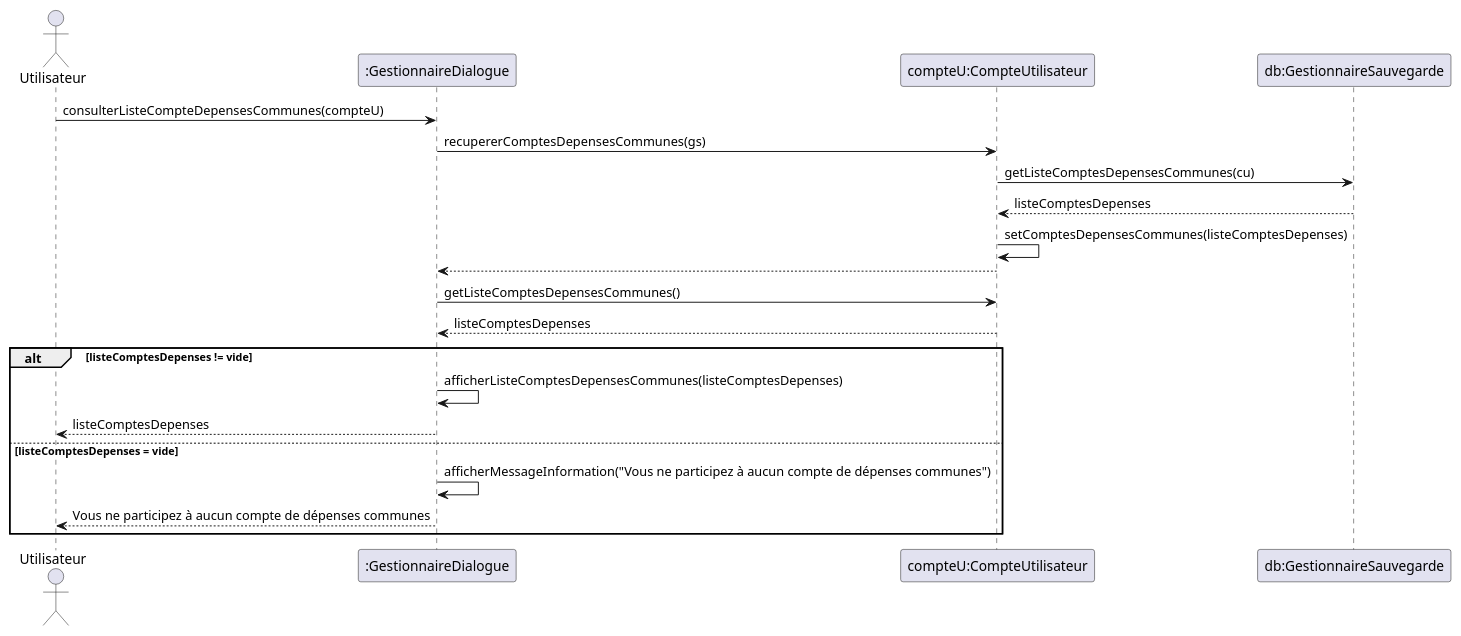
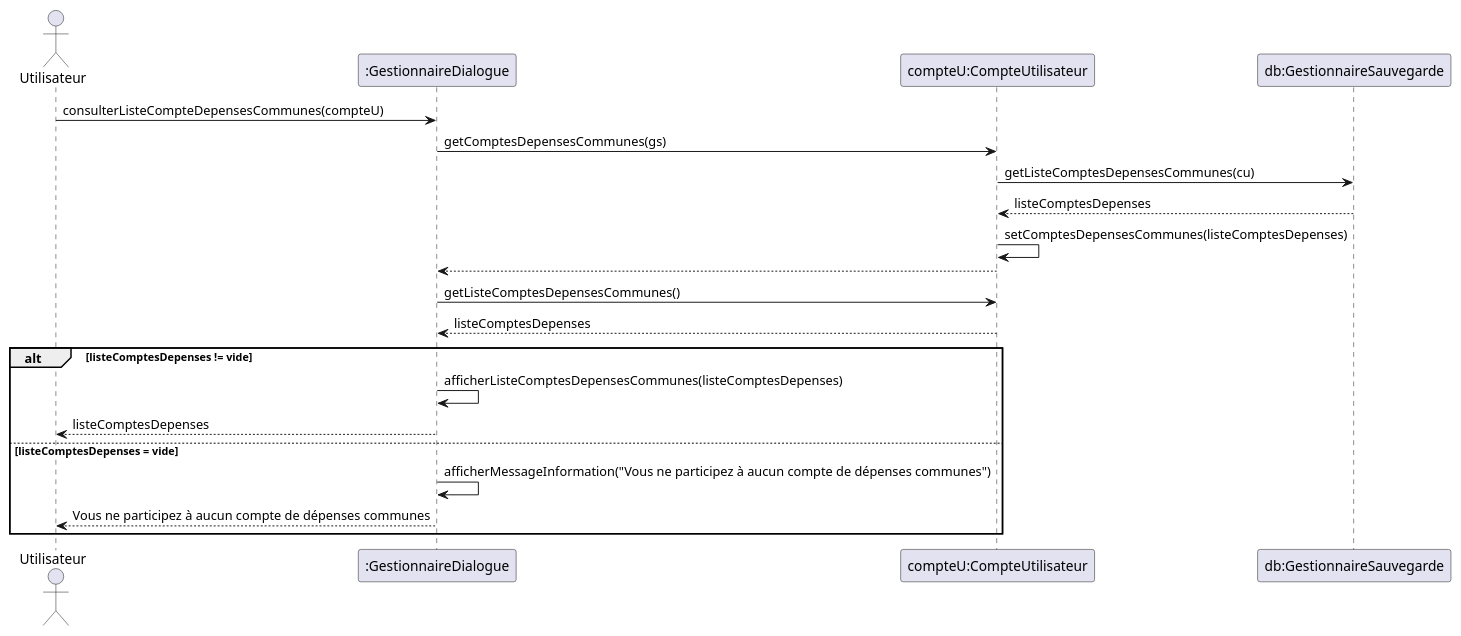
One commit to lmtb06/sharecount changed the diagram in diagrammes/conception/consulter-liste-compte-depenses.puml. Above: the diagram before and after it, drawn with PlantUML. The commit also changed 3 other files, not shown here.

```diff
--- a/diagrammes/conception/consulter-liste-compte-depenses.puml
+++ b/diagrammes/conception/consulter-liste-compte-depenses.puml
@@ -1,23 +1,23 @@
 @startuml  Consulter la liste de ses comptes de dépenses communes
 
 actor "Utilisateur" as us
 participant ":GestionnaireDialogue" as gd
 participant "compteU:CompteUtilisateur" as cu
 participant "db:GestionnaireSauvegarde" as gs
 
 us 	-> 	gd 	: consulterListeCompteDepensesCommunes(compteU)
-gd 	-> 	cu 	: recupererComptesDepensesCommunes(gs)
+gd 	-> 	cu 	: getComptesDepensesCommunes(gs)
 cu 	->	gs 	: getListeComptesDepensesCommunes(cu)
 gs 	--> cu 	: listeComptesDepenses
 cu 	-> 	cu 	: setComptesDepensesCommunes(listeComptesDepenses)
 cu 	--> gd 	:
 gd 	-> 	cu 	: getListeComptesDepensesCommunes()
 cu 	--> gd 	: listeComptesDepenses
 alt listeComptesDepenses != vide
 gd 	->	gd 	: afficherListeComptesDepensesCommunes(listeComptesDepenses)
 gd 	-->	us 	: listeComptesDepenses
 else listeComptesDepenses = vide
 gd 	-> 	gd  : afficherMessageInformation("Vous ne participez à aucun compte de dépenses communes")
 gd 	-->	us 	:Vous ne participez à aucun compte de dépenses communes
 end
 @enduml
```
